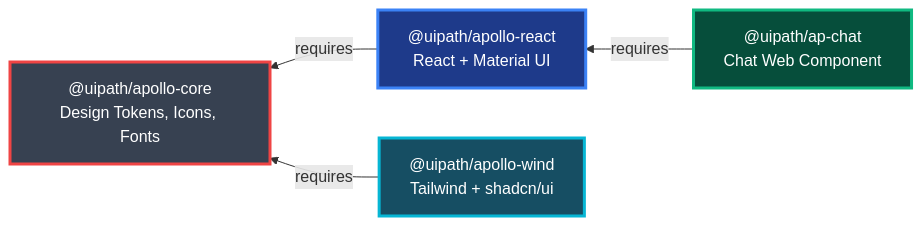
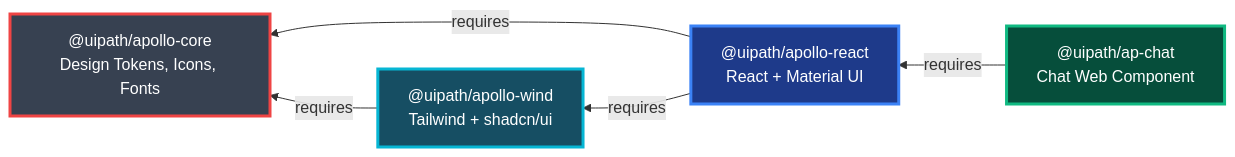
One commit to UiPath/apollo-ui changed the diagram in README.md. Above: the diagram before and after it, drawn with Mermaid. The commit also changed other lines of this file and 5 other files, not shown here.

````diff
--- a/README.md
+++ b/README.md
@@ -39,11 +34,12 @@
 ```mermaid
 graph RL
     React["@uipath/apollo-react<br/>React + Material UI"] -->|requires| Core["@uipath/apollo-core<br/>Design Tokens, Icons, Fonts"]
     Wind["@uipath/apollo-wind<br/>Tailwind + shadcn/ui"] -->|requires| Core
+    React -->|requires| Wind
     Chat["@uipath/ap-chat<br/>Chat Web Component"] -->|requires| React
 
     style Core fill:#374151,stroke:#ef4444,stroke-width:3px,color:#fff
     style React fill:#1e3a8a,stroke:#3b82f6,stroke-width:3px,color:#fff
     style Wind fill:#164e63,stroke:#06b6d4,stroke-width:3px,color:#fff
     style Chat fill:#064e3b,stroke:#10b981,stroke-width:3px,color:#fff
 ```
````
